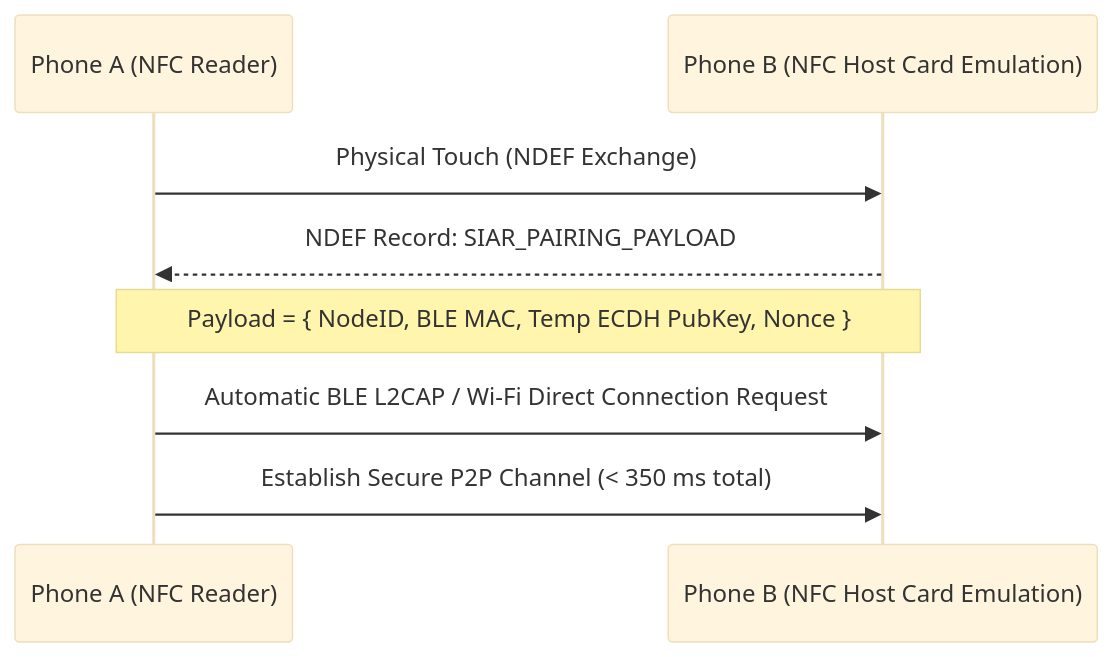
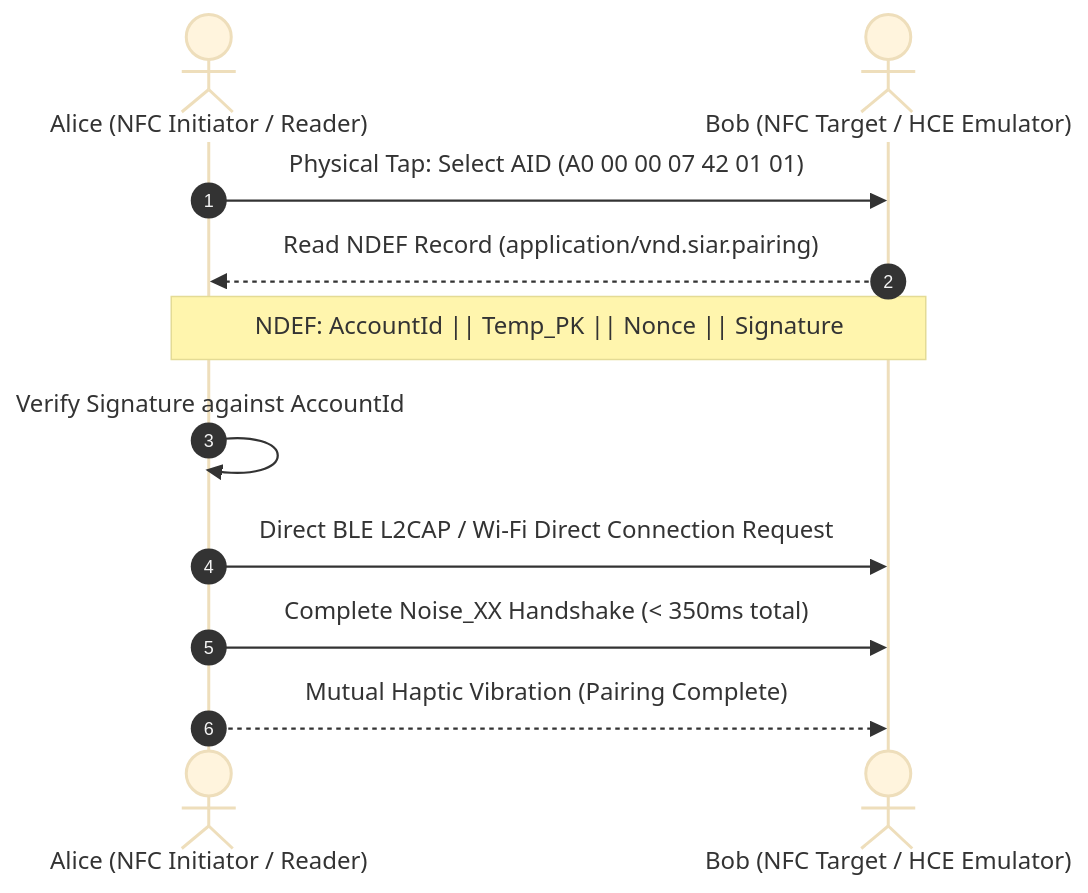
Before and after one commit to irshadali5/siar: the first of 2 diagrams in wiki/15-Nearby-Discovery-and-Out-of-Band-Pairing.md, drawn with Mermaid (base theme). The commit also changed other lines of this file, not shown here.

Commit message:
docs(wiki-15): update nearby discovery and out-of-band pairing specification

````diff
--- a/wiki/15-Nearby-Discovery-and-Out-of-Band-Pairing.md
+++ b/wiki/15-Nearby-Discovery-and-Out-of-Band-Pairing.md
@@ -51,11 +83,14 @@
 ```mermaid
 sequenceDiagram
-    participant PhoneA as Phone A (NFC Reader)
-    participant PhoneB as Phone B (NFC Host Card Emulation)
+    autonumber
+    actor Alice as Alice (NFC Initiator / Reader)
+    actor Bob as Bob (NFC Target / HCE Emulator)
 
-    PhoneA->>PhoneB: Physical Touch (NDEF Exchange)
-    PhoneB-->>PhoneA: NDEF Record: SIAR_PAIRING_PAYLOAD
-    Note over PhoneA,PhoneB: Payload = { NodeID, BLE MAC, Temp ECDH PubKey, Nonce }
-    PhoneA->>PhoneB: Automatic BLE L2CAP / Wi-Fi Direct Connection Request
-    PhoneA->>PhoneB: Establish Secure P2P Channel (< 350 ms total)
+    Alice->>Bob: Physical Tap: Select AID (A0 00 00 07 42 01 01)
+    Bob-->>Alice: Read NDEF Record (application/vnd.siar.pairing)
+    Note over Alice,Bob: NDEF: AccountId || Temp_PK || Nonce || Signature
+    Alice->>Alice: Verify Signature against AccountId
+    Alice->>Bob: Direct BLE L2CAP / Wi-Fi Direct Connection Request
+    Alice->>Bob: Complete Noise_XX Handshake (< 350ms total)
+    Alice-->>Bob: Mutual Haptic Vibration (Pairing Complete)
 ```
````
